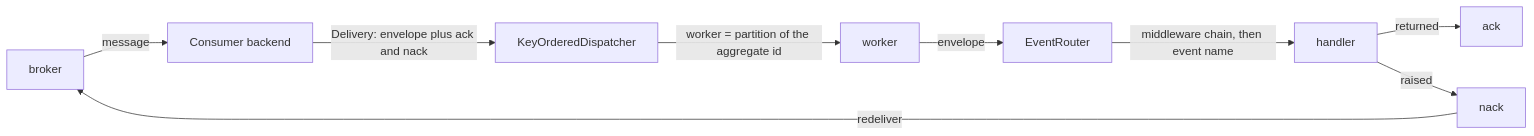
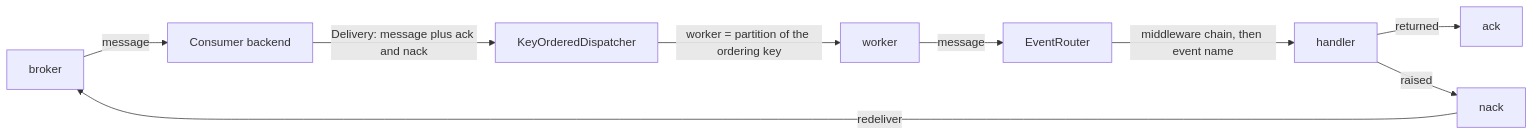
Before and after one commit to haskian/edax: the first of 3 diagrams in docs/sdk/consuming.md, drawn with Mermaid. The commit also changed other lines of this file and 175 other files, not shown here.

````diff
--- a/docs/sdk/consuming.md
+++ b/docs/sdk/consuming.md
@@ -9,11 +9,11 @@
 ```mermaid
 flowchart LR
     B[broker] -->|message| C[Consumer backend]
-    C -->|"Delivery: envelope plus ack and nack"| D[KeyOrderedDispatcher]
-    D -->|"worker = partition of the aggregate id"| W[worker]
-    W -->|envelope| R[EventRouter]
+    C -->|"Delivery: message plus ack and nack"| D[KeyOrderedDispatcher]
+    D -->|"worker = partition of the ordering key"| W[worker]
+    W -->|message| R[EventRouter]
     R -->|"middleware chain, then event name"| H[handler]
     H -->|returned| A[ack]
     H -->|raised| N[nack]
     N -->|redeliver| B
 ```
````
